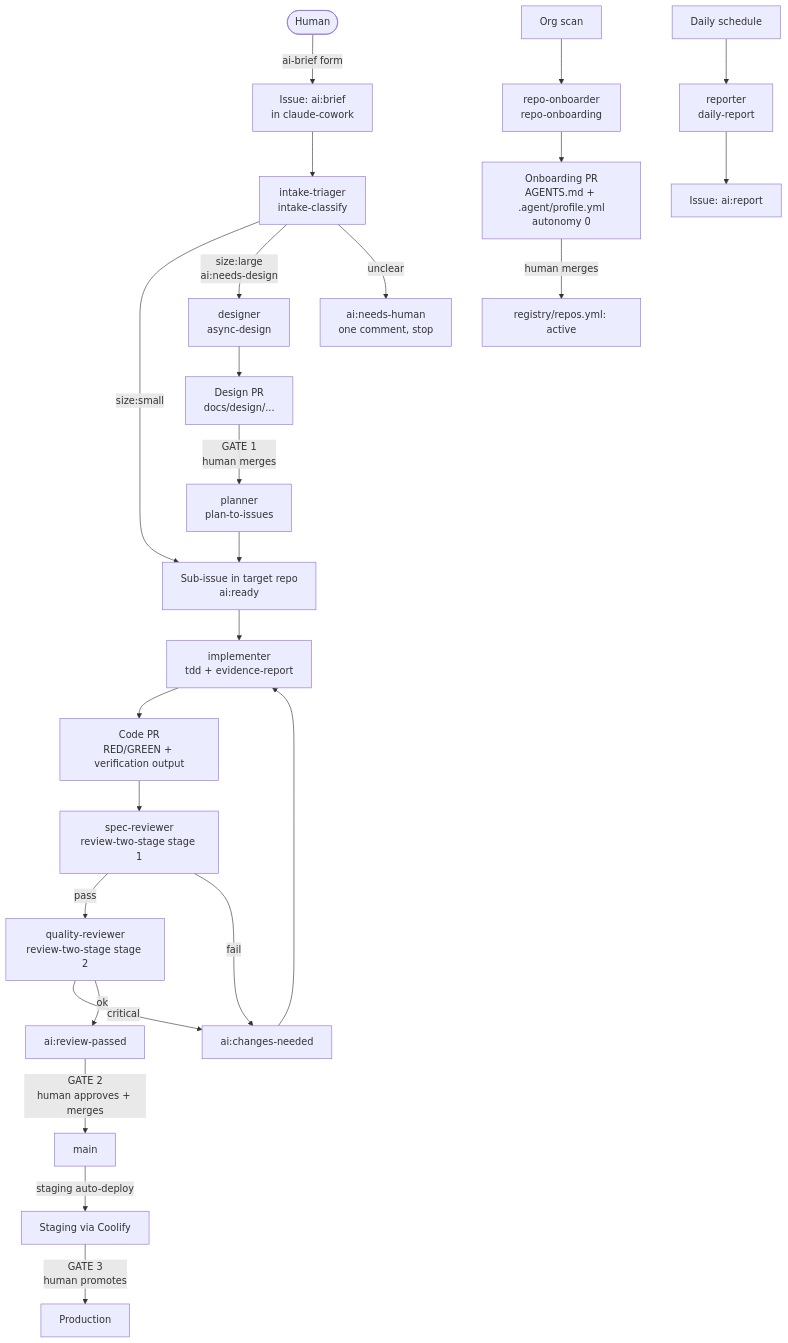
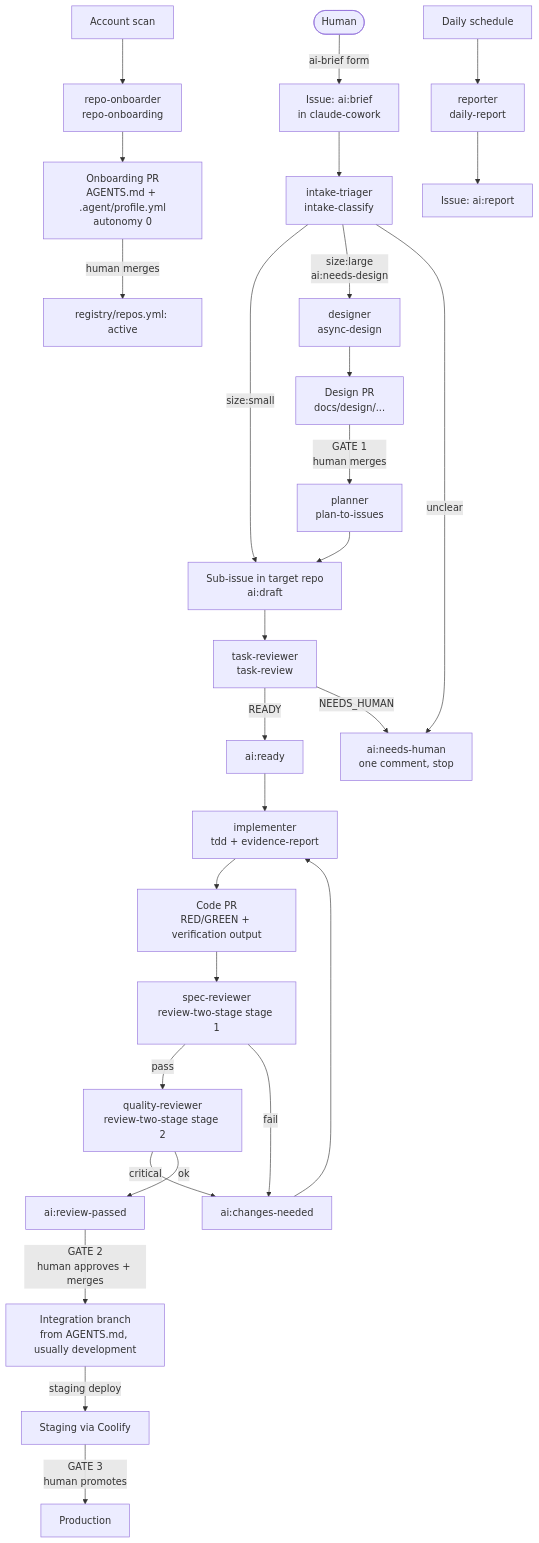
The diagram in docs/architecture.md (altaprimadev/claude-cowork), drawn with Mermaid before and after one commit. The commit also changed other lines of this file and 5 other files, not shown here.

````diff
--- a/docs/architecture.md
+++ b/docs/architecture.md
@@ -29,29 +29,32 @@
 ```mermaid
 flowchart TD
     H([Human]) -->|ai-brief form| B[Issue: ai:brief<br/>in claude-cowork]
     B --> T[intake-triager<br/>intake-classify]
-    T -->|size:small| R[Sub-issue in target repo<br/>ai:ready]
+    T -->|size:small| DR[Sub-issue in target repo<br/>ai:draft]
     T -->|size:large<br/>ai:needs-design| D[designer<br/>async-design]
     T -->|unclear| NH[ai:needs-human<br/>one comment, stop]
     D --> DPR[Design PR<br/>docs/design/...]
     DPR -->|GATE 1<br/>human merges| P[planner<br/>plan-to-issues]
-    P --> R
+    P --> DR
+    DR --> TR[task-reviewer<br/>task-review]
+    TR -->|READY| R[ai:ready]
+    TR -->|NEEDS_HUMAN| NH
     R --> I[implementer<br/>tdd + evidence-report]
     I --> PR[Code PR<br/>RED/GREEN + verification output]
     PR --> S1[spec-reviewer<br/>review-two-stage stage 1]
     S1 -->|pass| S2[quality-reviewer<br/>review-two-stage stage 2]
     S1 -->|fail| CN[ai:changes-needed]
     S2 -->|critical| CN
     CN --> I
     S2 -->|ok| RP[ai:review-passed]
-    RP -->|GATE 2<br/>human approves + merges| M[main]
-    M -->|staging auto-deploy| STG[Staging via Coolify]
+    RP -->|GATE 2<br/>human approves + merges| M[Integration branch<br/>from AGENTS.md, usually development]
+    M -->|staging deploy| STG[Staging via Coolify]
     STG -->|GATE 3<br/>human promotes| PROD[Production]
 
-    N[Org scan] --> O[repo-onboarder<br/>repo-onboarding]
+    N[Account scan] --> O[repo-onboarder<br/>repo-onboarding]
     O --> OPR[Onboarding PR<br/>AGENTS.md + .agent/profile.yml<br/>autonomy 0]
     OPR -->|human merges| REG[registry/repos.yml: active]
 
     CRON[Daily schedule] --> REP[reporter<br/>daily-report]
     REP --> RI[Issue: ai:report]
 ```
````
